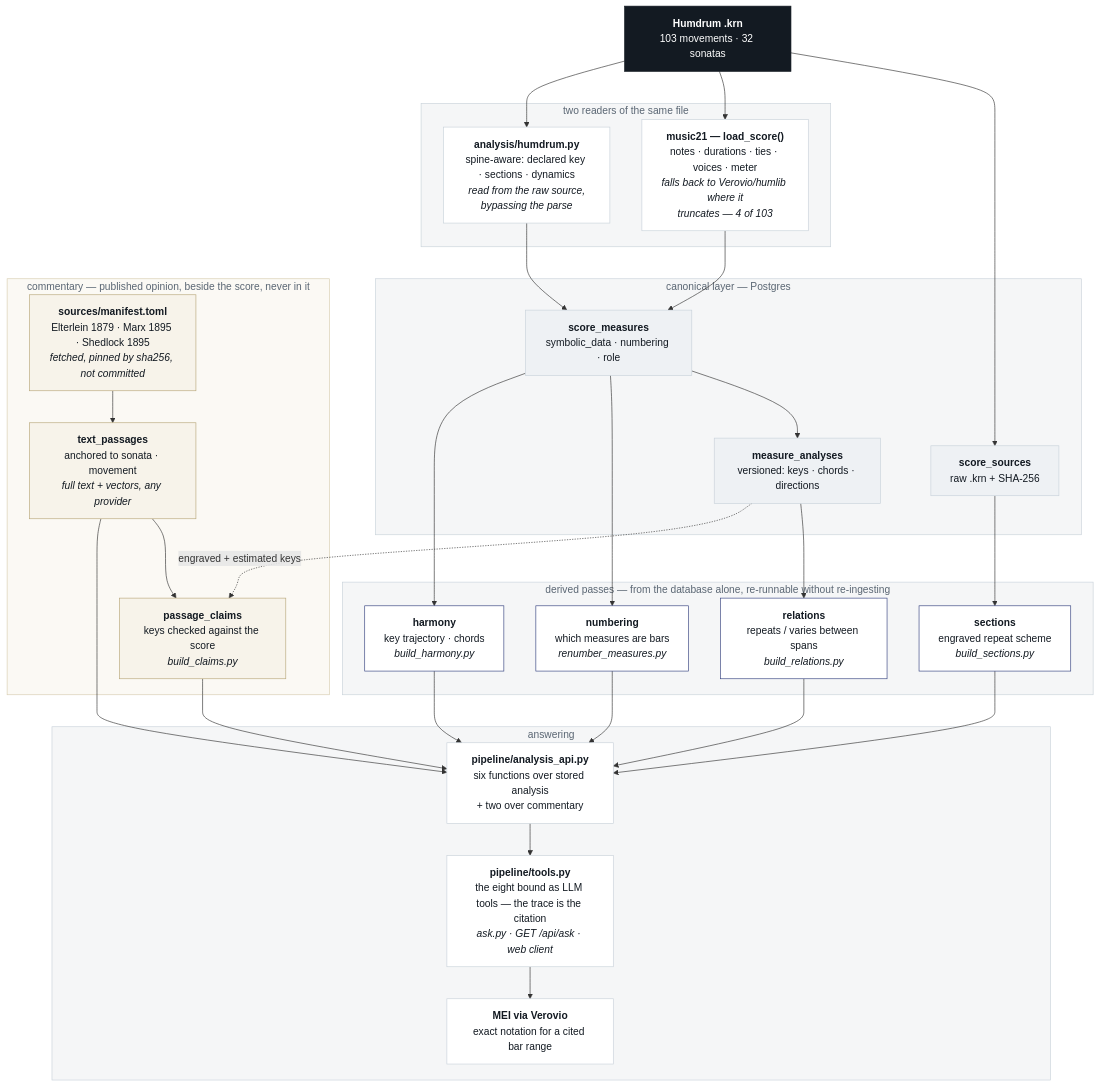
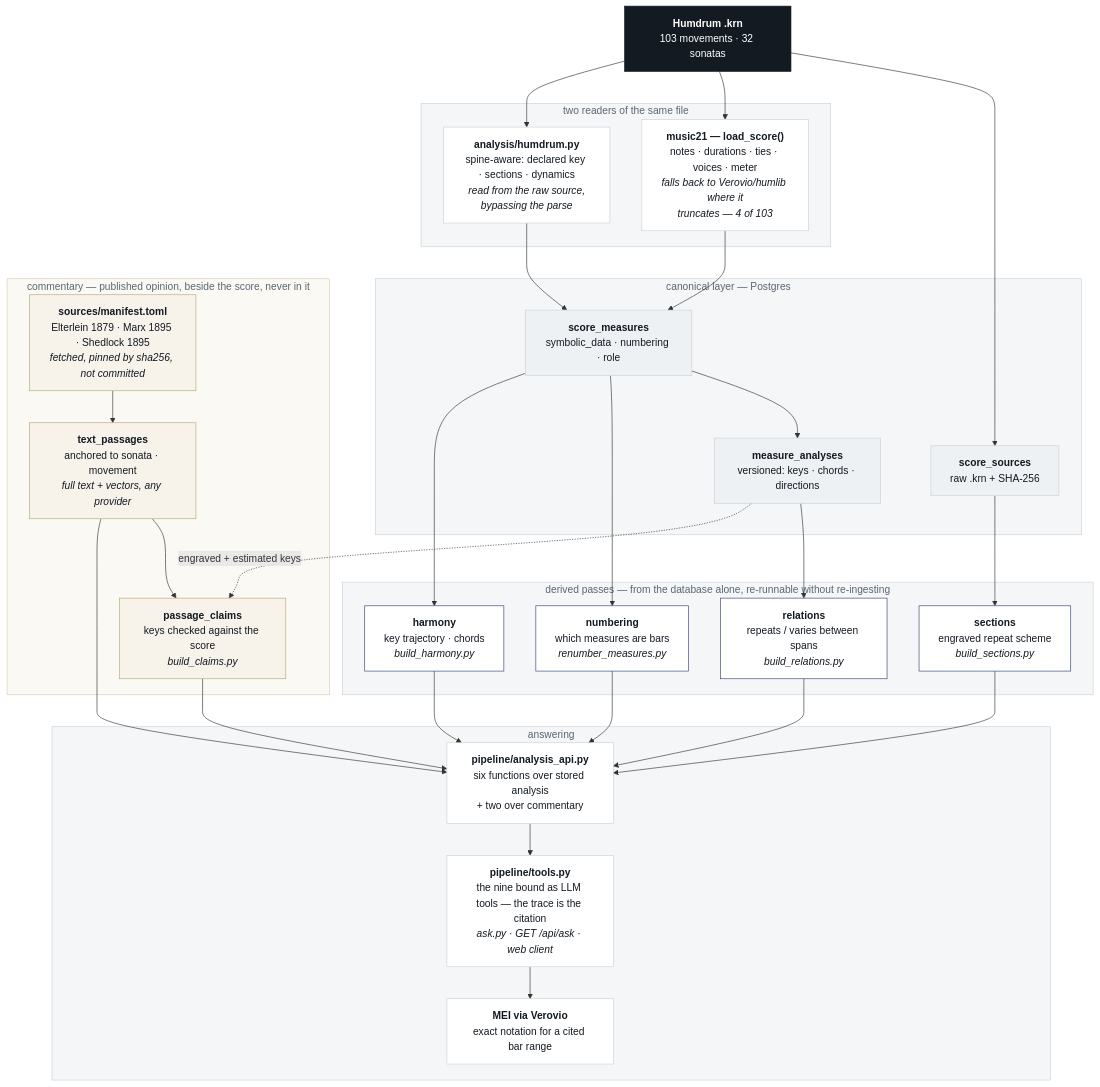
The diagram in README.md (jt0321/scorechat), drawn with Mermaid before and after one commit. The commit also changed 5 other files, not shown here.

````diff
--- a/README.md
+++ b/README.md
@@ -13,72 +13,72 @@
 ```mermaid
 flowchart TB
   KRN["<b>Humdrum .krn</b><br/>103 movements · 32 sonatas"]
 
   subgraph readers ["two readers of the same file"]
     M21["<b>music21 — load_score()</b><br/>notes · durations · ties · voices · meter<br/><i>falls back to Verovio/humlib where it<br/>truncates — 4 of 103</i>"]
     HUM["<b>analysis/humdrum.py</b><br/>spine-aware: declared key · sections · dynamics<br/><i>read from the raw source,<br/>bypassing the parse</i>"]
   end
 
   subgraph canonical ["canonical layer — Postgres"]
     SRC["<b>score_sources</b><br/>raw .krn + SHA-256"]
     MEAS["<b>score_measures</b><br/>symbolic_data · numbering · role"]
     ANAL["<b>measure_analyses</b><br/>versioned: keys · chords · directions"]
   end
 
   subgraph passes ["derived passes — from the database alone, re-runnable without re-ingesting"]
     NUM["<b>numbering</b><br/>which measures are bars<br/><i>renumber_measures.py</i>"]
     HARM["<b>harmony</b><br/>key trajectory · chords<br/><i>build_harmony.py</i>"]
     SEC["<b>sections</b><br/>engraved repeat scheme<br/><i>build_sections.py</i>"]
     REL["<b>relations</b><br/>repeats / varies between spans<br/><i>build_relations.py</i>"]
   end
 
   subgraph commentary ["commentary — published opinion, beside the score, never in it"]
     TEXTS["<b>sources/manifest.toml</b><br/>Elterlein 1879 · Marx 1895 · Shedlock 1895<br/><i>fetched, pinned by sha256, not committed</i>"]
     PASS["<b>text_passages</b><br/>anchored to sonata · movement<br/><i>full text + vectors, any provider</i>"]
     CLAIMS["<b>passage_claims</b><br/>keys checked against the score<br/><i>build_claims.py</i>"]
   end
 
   subgraph answering ["answering"]
     API["<b>pipeline/analysis_api.py</b><br/>six functions over stored analysis<br/>+ two over commentary"]
-    TOOLS["<b>pipeline/tools.py</b><br/>the eight bound as LLM tools — the trace is the citation<br/><i>ask.py · GET /api/ask · web client</i>"]
+    TOOLS["<b>pipeline/tools.py</b><br/>the nine bound as LLM tools — the trace is the citation<br/><i>ask.py · GET /api/ask · web client</i>"]
     MEI["<b>MEI via Verovio</b><br/>exact notation for a cited bar range"]
   end
 
   KRN --> SRC
   KRN --> M21
   KRN --> HUM
   M21 --> MEAS
   HUM --> MEAS
   MEAS --> ANAL
   MEAS --> NUM
   MEAS --> HARM
   SRC --> SEC
   ANAL --> REL
   NUM --> API
   HARM --> API
   SEC --> API
   REL --> API
   API --> TOOLS
   TOOLS --> MEI
   TEXTS --> PASS
   PASS --> CLAIMS
   ANAL -. "engraved + estimated keys" .-> CLAIMS
   PASS --> API
   CLAIMS --> API
 
   classDef source fill:#131a22,stroke:#131a22,color:#ffffff
   classDef store fill:#eef1f4,stroke:#c9d2da,color:#131a22
   classDef pass fill:#ffffff,stroke:#34417f,color:#131a22
   classDef answer fill:#ffffff,stroke:#c9d2da,color:#131a22
   class KRN source
   class SRC,MEAS,ANAL store
   class NUM,HARM,SEC,REL pass
   class M21,HUM,API,TOOLS,MEI answer
   classDef opinion fill:#f7f3ea,stroke:#b8a77a,color:#131a22
   class TEXTS,PASS,CLAIMS opinion
   style readers fill:#f5f6f7,stroke:#c9d2da,color:#5a6673
   style canonical fill:#f5f6f7,stroke:#c9d2da,color:#5a6673
   style passes fill:#f5f6f7,stroke:#c9d2da,color:#5a6673
   style answering fill:#f5f6f7,stroke:#c9d2da,color:#5a6673
   style commentary fill:#fbf9f4,stroke:#d8cdb0,color:#5a6673
 ```
````
